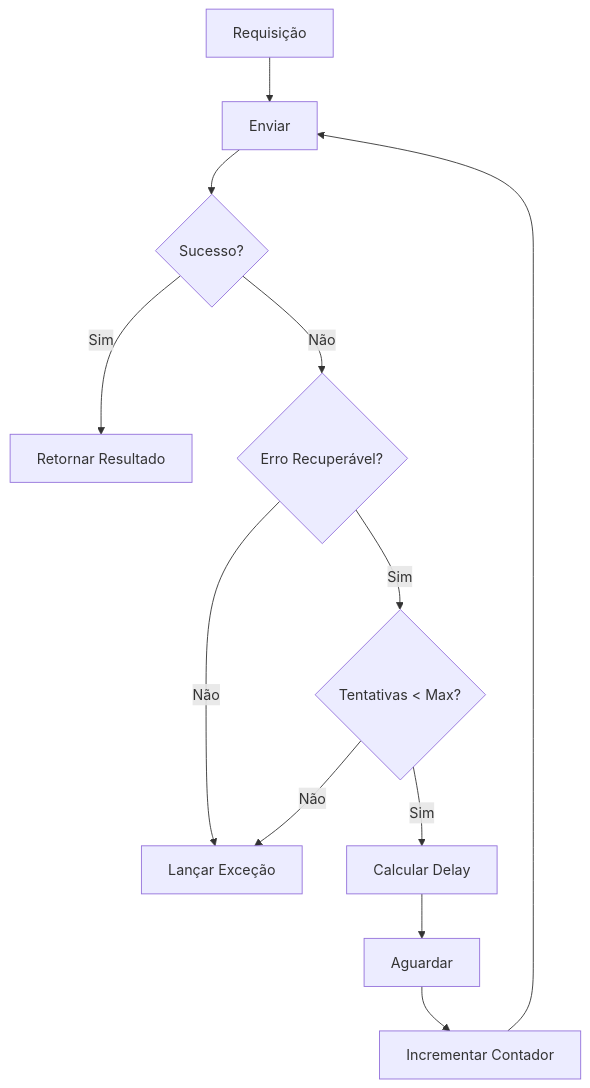
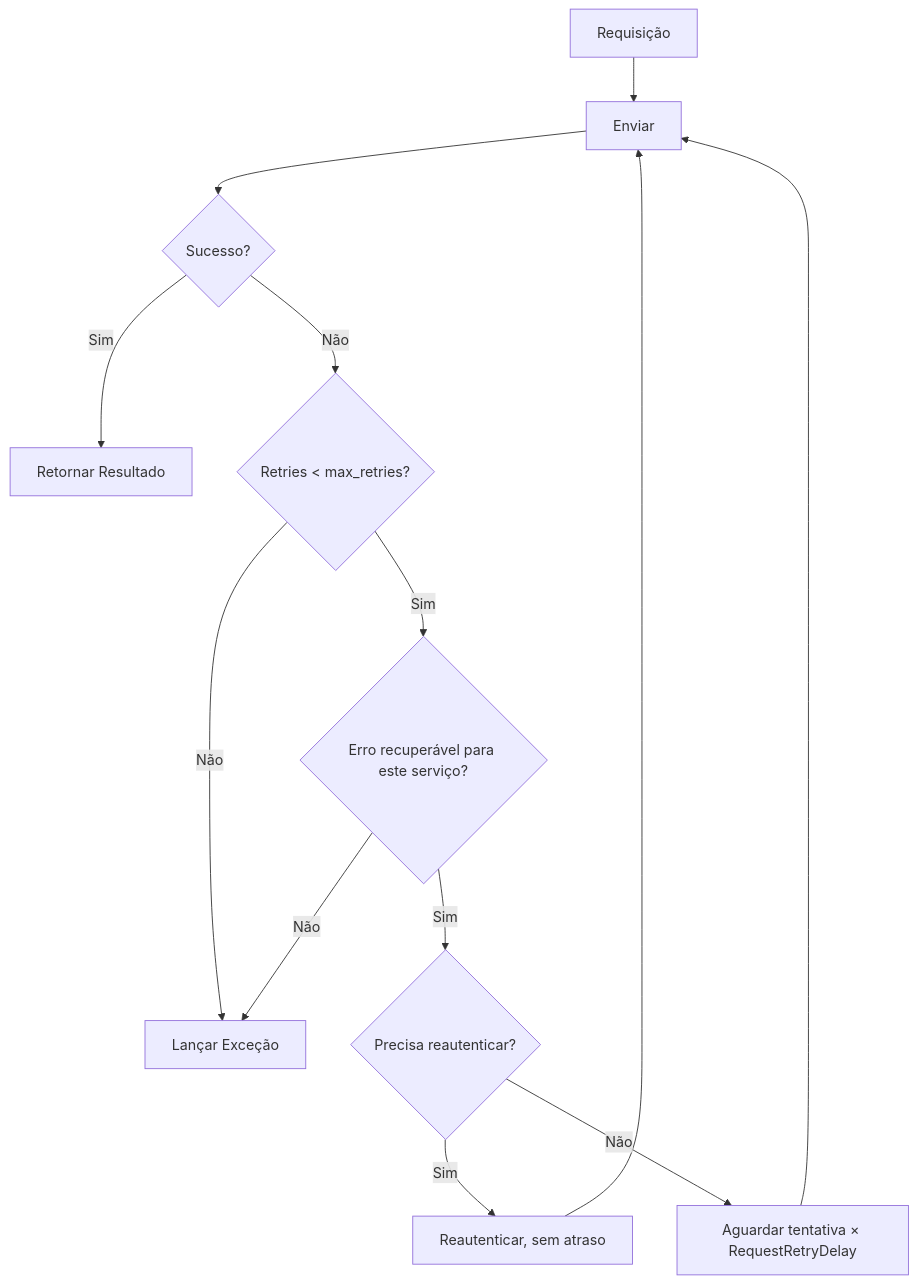
One commit to ssmvictor/Sankhya-SDK-python changed the second of 2 diagrams in docs/core-concepts/error-handling.md. Above: the diagram before and after it, drawn with Mermaid. The commit also changed other lines of this file and 1 other file, not shown here.

First line of the commit message:
docs(erros): documentar retry linear e tratamento real de erros legados

````diff
--- a/docs/core-concepts/error-handling.md
+++ b/docs/core-concepts/error-handling.md
@@ -141,14 +160,15 @@
 ```mermaid
 flowchart TD
     A[Requisição] --> B[Enviar]
     B --> C{Sucesso?}
     C -->|Sim| D[Retornar Resultado]
-    C -->|Não| E{Erro Recuperável?}
+    C -->|Não| E{Retries < max_retries?}
     E -->|Não| F[Lançar Exceção]
-    E -->|Sim| G{Tentativas < Max?}
+    E -->|Sim| G{Erro recuperável para este serviço?}
     G -->|Não| F
-    G -->|Sim| H[Calcular Delay]
-    H --> I[Aguardar]
-    I --> J[Incrementar Contador]
+    G -->|Sim| H{Precisa reautenticar?}
+    H -->|Sim| I[Reautenticar, sem atraso]
+    H -->|Não| J[Aguardar tentativa × RequestRetryDelay]
+    I --> B
     J --> B
 ```
````
